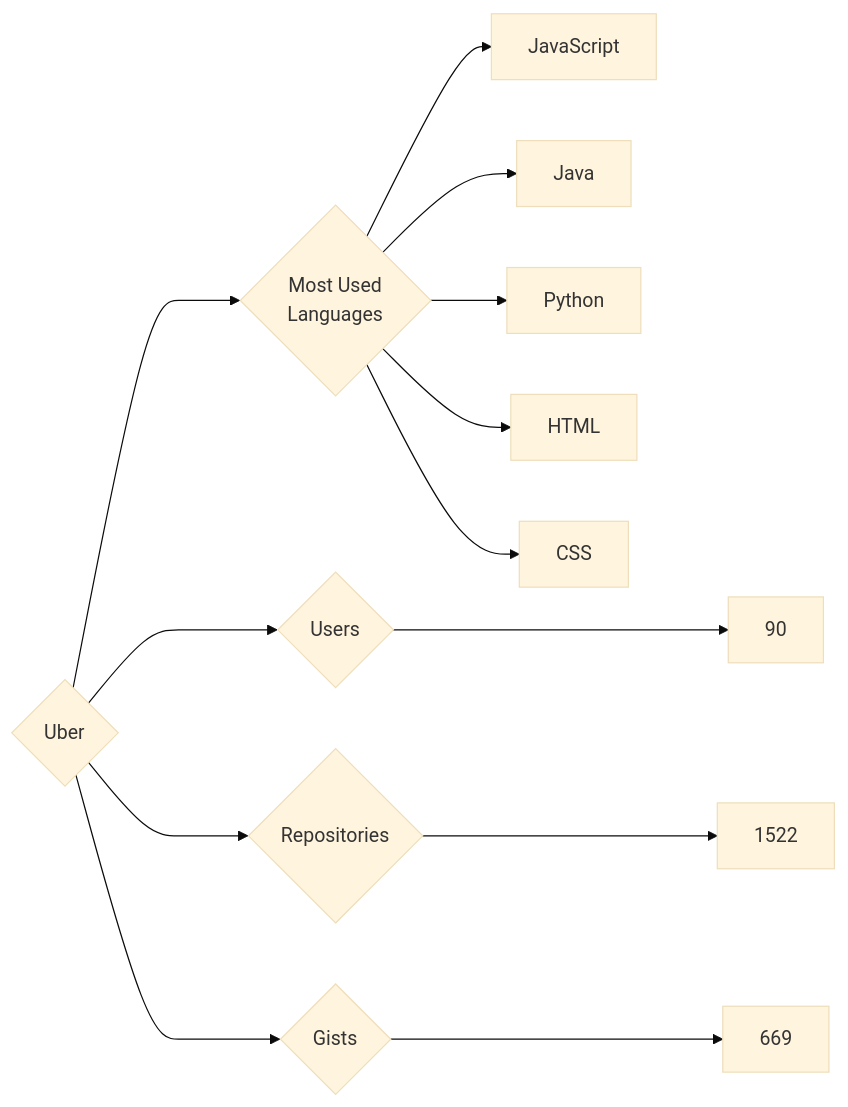
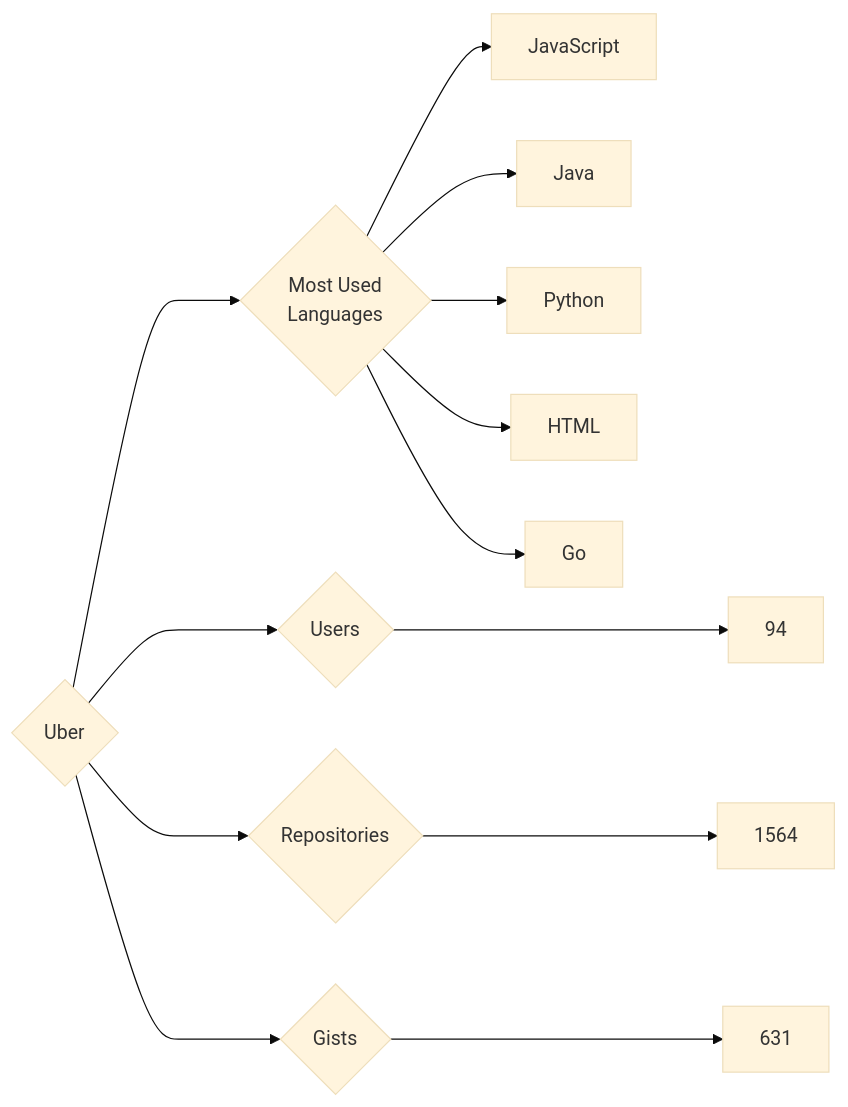
Before and after one commit to trickest/insiders: the diagram in targets/Uber/README.md, drawn with Mermaid (base theme). The commit also changed 903 other files, not shown here.

````diff
--- a/targets/Uber/README.md
+++ b/targets/Uber/README.md
@@ -3,13 +3,13 @@
 ```mermaid
 graph LR
 COMPANY_NAME{Uber}
-COMPANY_NAME ---> U{Users} ---> UN[90]
-COMPANY_NAME ---> R{Repositories} ---> RN[1522]
-COMPANY_NAME ---> G{Gists} ---> GN[669]
+COMPANY_NAME ---> U{Users} ---> UN[94]
+COMPANY_NAME ---> R{Repositories} ---> RN[1564]
+COMPANY_NAME ---> G{Gists} ---> GN[631]
 COMPANY_NAME ---> ML{Most Used<br>Languages}
 ML --> JavaScript[JavaScript]
 ML --> Java[Java]
 ML --> Python[Python]
 ML --> HTML[HTML]
-ML --> CSS[CSS]
+ML --> Go[Go]
 ```
````
